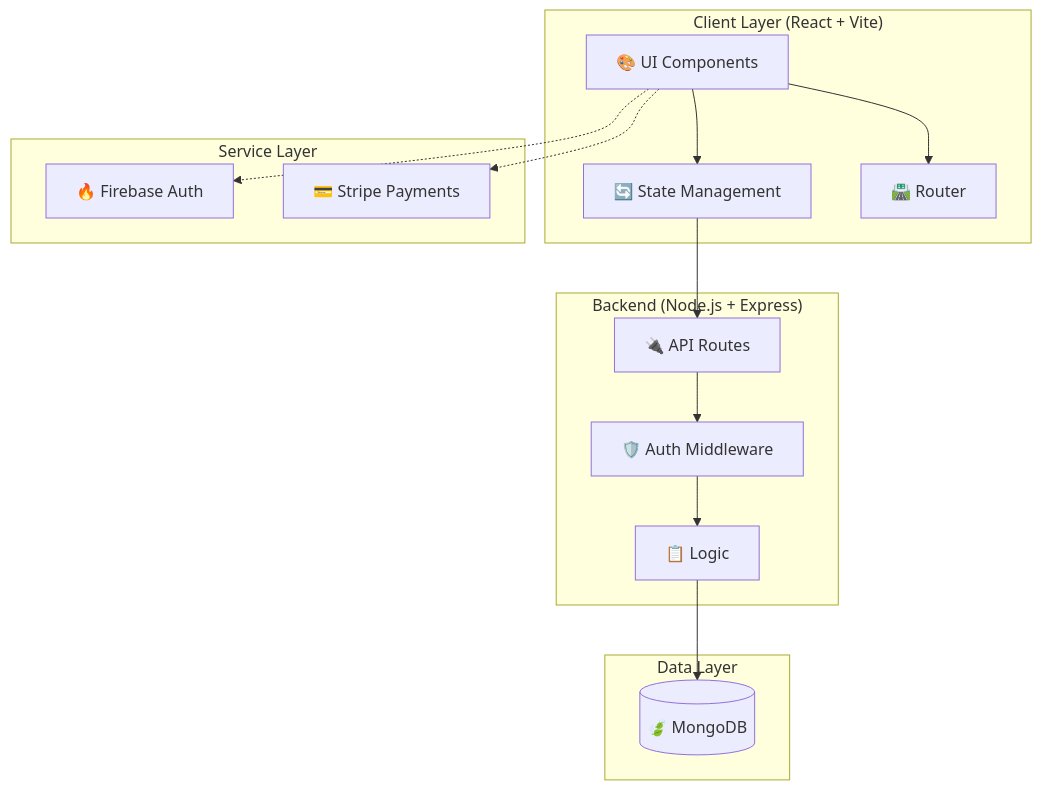
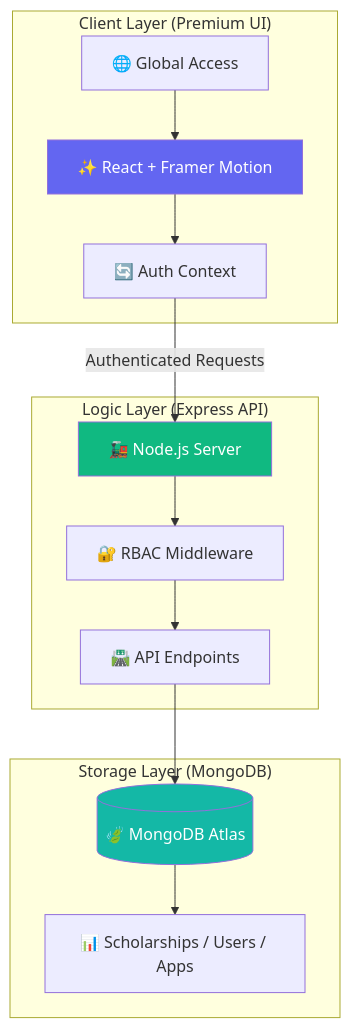
The diagram in README.md (rak9b/Akademi---Scholarship-Management-System-), drawn with Mermaid before and after one commit. The commit also changed other lines of this file and 24371 other files, not shown here.

````diff
--- a/README.md
+++ b/README.md
@@ -174,32 +151,31 @@
 ```mermaid
 graph TB
-    subgraph "Client Layer (React + Vite)"
-        UI["🎨 UI Components"]
-        State["🔄 State Management"]
-        Router["🛣️ Router"]
+    subgraph "Client Layer (Premium UI)"
+        Browser["🌐 Global Access"]
+        UI["✨ React + Framer Motion"]
+        State["🔄 Auth Context"]
     end
 
-    subgraph "Service Layer"
-        Firebase["🔥 Firebase Auth"]
-        Stripe["💳 Stripe Payments"]
+    subgraph "Logic Layer (Express API)"
+        Server["🚂 Node.js Server"]
+        AuthMiddleware["🔐 RBAC Middleware"]
+        API["🛣️ API Endpoints"]
     end
 
-    subgraph "Backend (Node.js + Express)"
-        API["🔌 API Routes"]
-        Middleware["🛡️ Auth Middleware"]
-        Controllers["📋 Logic"]
+    subgraph "Storage Layer (MongoDB)"
+        DB[("🍃 MongoDB Atlas")]
+        Collections["📊 Scholarships / Users / Apps"]
     end
 
-    subgraph "Data Layer"
-        DB[("🍃 MongoDB")]
-    end
+    Browser --> UI
+    UI --> State
+    State -->|Authenticated Requests| Server
+    Server --> AuthMiddleware
+    AuthMiddleware --> API
+    API --> DB
+    DB --> Collections
 
-    UI --> State
-    UI --> Router
-    State --> API
-    API --> Middleware
-    Middleware --> Controllers
-    Controllers --> DB
-    UI -.-> Firebase
-    UI -.-> Stripe
+    style UI fill:#6366f1,color:#fff
+    style Server fill:#10b981,color:#fff
+    style DB fill:#14b8a6,color:#fff
 ```
````
